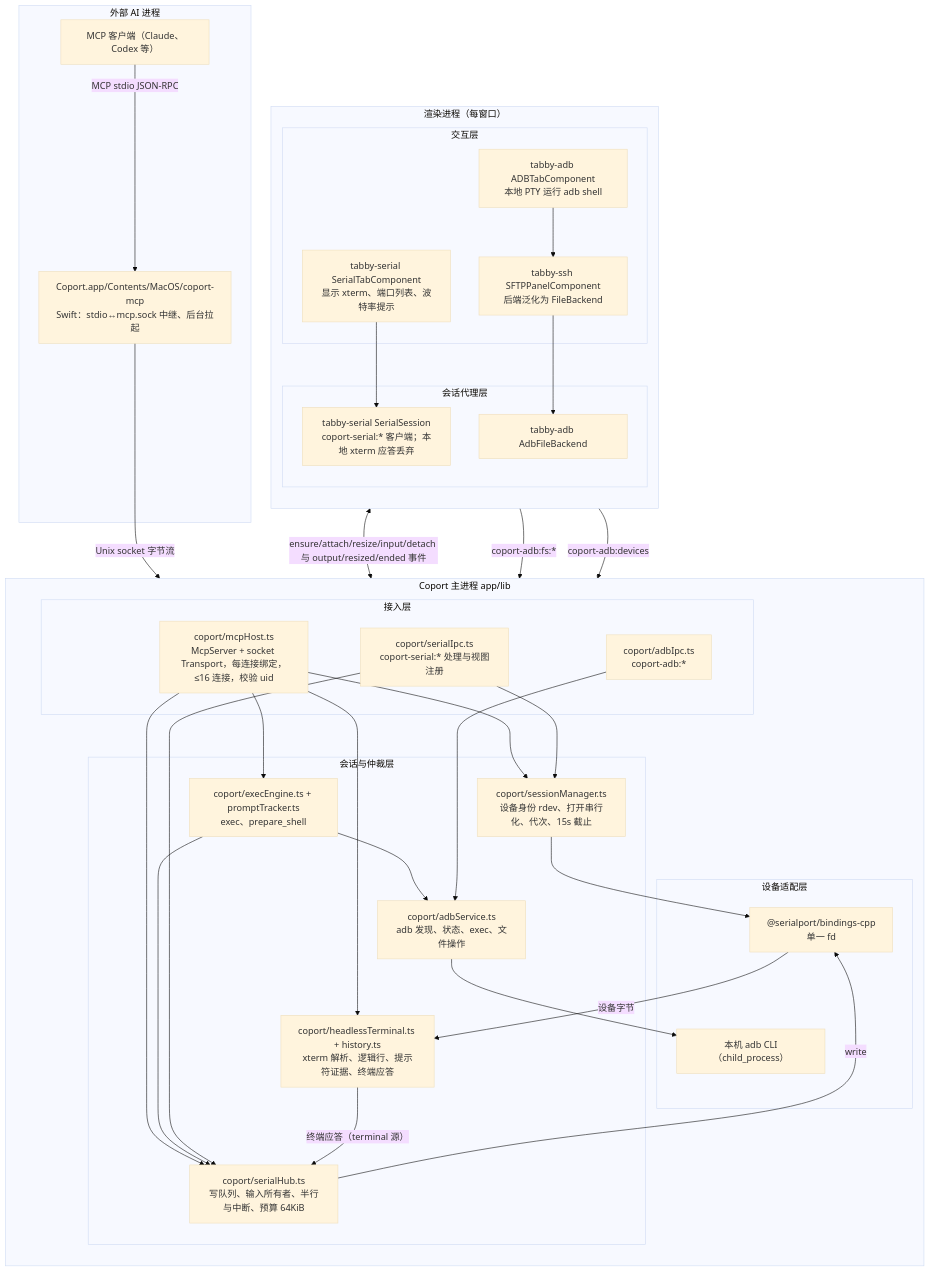
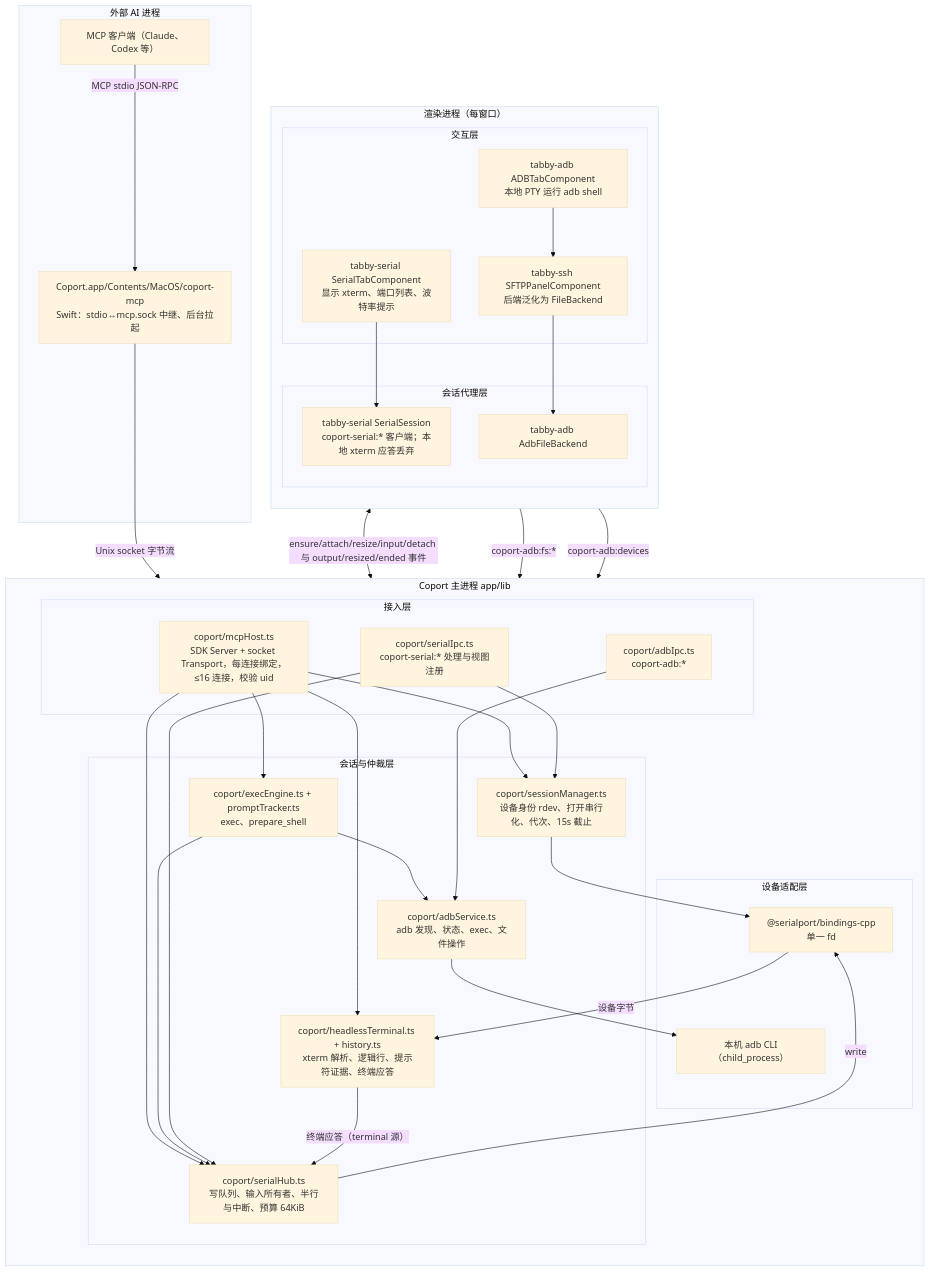
Before and after one commit to UberPrinz/coport: the first of 5 diagrams in docs/specs/coport-fork.md, drawn with Mermaid (base theme). The commit also changed other lines of this file and 35 other files, not shown here.

````diff
--- a/docs/specs/coport-fork.md
+++ b/docs/specs/coport-fork.md
@@ -104,60 +104,60 @@
 ```mermaid
 flowchart TB
     subgraph AIP["外部 AI 进程"]
         CLIENT["MCP 客户端（Claude、Codex 等）"]
         SHIM["Coport.app/Contents/MacOS/coport-mcp<br/>Swift：stdio↔mcp.sock 中继、后台拉起"]
         CLIENT -->|"MCP stdio JSON-RPC"| SHIM
     end
     subgraph MAIN["Coport 主进程 app/lib"]
         direction TB
         subgraph MA["接入层"]
-            MCPH["coport/mcpHost.ts<br/>McpServer + socket Transport，每连接绑定，≤16 连接，校验 uid"]
+            MCPH["coport/mcpHost.ts<br/>SDK Server + socket Transport，每连接绑定，≤16 连接，校验 uid"]
             SIPC["coport/serialIpc.ts<br/>coport-serial:* 处理与视图注册"]
             AIPC["coport/adbIpc.ts<br/>coport-adb:*"]
         end
         subgraph MB["会话与仲裁层"]
             SMGR["coport/sessionManager.ts<br/>设备身份 rdev、打开串行化、代次、15s 截止"]
             HUB["coport/serialHub.ts<br/>写队列、输入所有者、半行与中断、预算 64KiB"]
             HEAD["coport/headlessTerminal.ts + history.ts<br/>xterm 解析、逻辑行、提示符证据、终端应答"]
             EXEC["coport/execEngine.ts + promptTracker.ts<br/>exec、prepare_shell"]
             ADBS["coport/adbService.ts<br/>adb 发现、状态、exec、文件操作"]
         end
         subgraph MC["设备适配层"]
             PORT["@serialport/bindings-cpp<br/>单一 fd"]
             ADBCLI["本机 adb CLI（child_process）"]
         end
         MCPH --> SMGR
         MCPH --> HUB
         MCPH --> HEAD
         MCPH --> EXEC
         EXEC --> HUB
         EXEC --> ADBS
         SIPC --> SMGR
         SIPC --> HUB
         AIPC --> ADBS
         SMGR --> PORT
         HUB -->|"write"| PORT
         PORT -->|"设备字节"| HEAD
         HEAD -->|"终端应答（terminal 源）"| HUB
         ADBS --> ADBCLI
     end
     subgraph REN["渲染进程（每窗口）"]
         direction TB
         subgraph RA["交互层"]
             STAB["tabby-serial SerialTabComponent<br/>显示 xterm、端口列表、波特率提示"]
             ATAB["tabby-adb ADBTabComponent<br/>本地 PTY 运行 adb shell"]
             PANEL["tabby-ssh SFTPPanelComponent<br/>后端泛化为 FileBackend"]
         end
         subgraph RB["会话代理层"]
             SSES["tabby-serial SerialSession<br/>coport-serial:* 客户端；本地 xterm 应答丢弃"]
             AFB["tabby-adb AdbFileBackend"]
         end
         STAB --> SSES
         ATAB --> PANEL
         PANEL --> AFB
     end
     SHIM -->|"Unix socket 字节流"| MCPH
     SSES <-->|"ensure/attach/resize/input/detach 与 output/resized/ended 事件"| SIPC
     AFB -->|"coport-adb:fs:*"| AIPC
     ATAB -->|"coport-adb:devices"| AIPC
 ```
````
